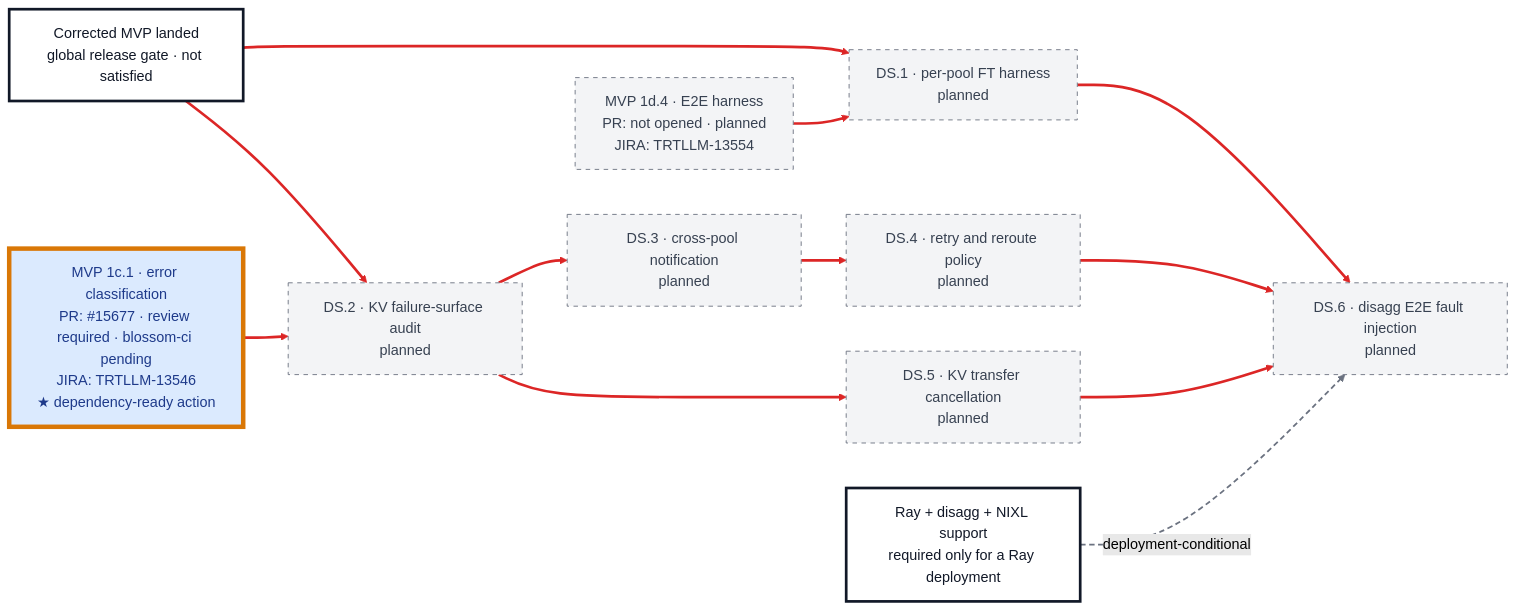
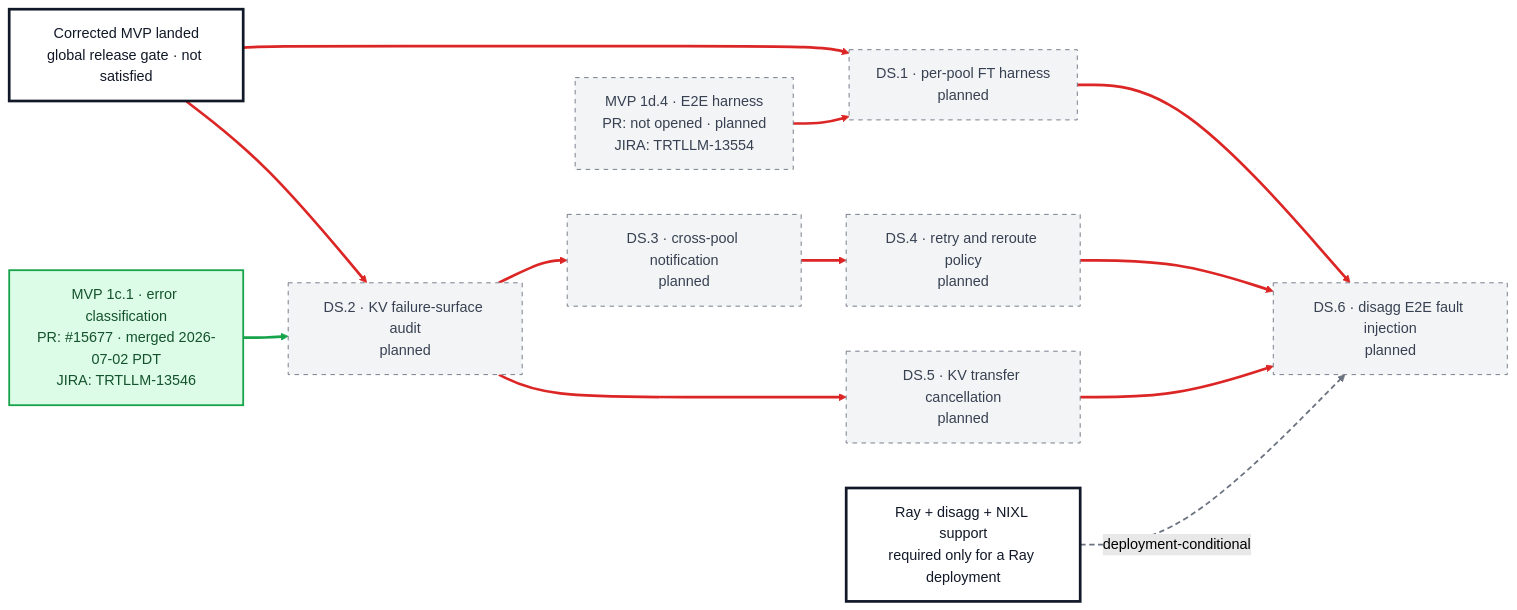
The second of 3 diagrams in docs/design/wide-ep-fault-tolerance/pr-execution/v1-dependency-graph.md (chienchunhung/TensorRT-LLM), drawn with Mermaid (forest theme) before and after one commit. The commit also changed other lines of this file and 4 other files, not shown here.

Commit message:
docs: update WideEP graph for merged PR 15677

````diff
--- a/docs/design/wide-ep-fault-tolerance/pr-execution/v1-dependency-graph.md
+++ b/docs/design/wide-ep-fault-tolerance/pr-execution/v1-dependency-graph.md
@@ -137,39 +137,38 @@
 ```mermaid
 flowchart LR
     MVP["Corrected MVP landed<br/>global release gate · not satisfied"]
     M_D4["MVP 1d.4 · E2E harness<br/>PR: not opened · planned<br/>JIRA: TRTLLM-13554"]
-    M_C1["MVP 1c.1 · error classification<br/>PR: #15677 · review required · blossom-ci pending<br/>JIRA: TRTLLM-13546<br/>★ dependency-ready action"]
+    M_C1["MVP 1c.1 · error classification<br/>PR: #15677 · merged 2026-07-02 PDT<br/>JIRA: TRTLLM-13546"]
     RAY_GAP["Ray + disagg + NIXL support<br/>required only for a Ray deployment"]
 
     DS1["DS.1 · per-pool FT harness<br/>planned"]
     DS2["DS.2 · KV failure-surface audit<br/>planned"]
     DS3["DS.3 · cross-pool notification<br/>planned"]
     DS4["DS.4 · retry and reroute policy<br/>planned"]
     DS5["DS.5 · KV transfer cancellation<br/>planned"]
     DS6["DS.6 · disagg E2E fault injection<br/>planned"]
 
     MVP --> DS1
     MVP --> DS2
     M_D4 --> DS1
     M_C1 --> DS2
     DS2 --> DS3
     DS3 --> DS4
     DS2 --> DS5
     DS1 --> DS6
     DS4 --> DS6
     DS5 --> DS6
     RAY_GAP -.->|deployment-conditional| DS6
 
-    linkStyle 0,1,2,3,4,5,6,7,8,9 stroke:#dc2626,stroke-width:3px;
+    linkStyle 0,1,2,4,5,6,7,8,9 stroke:#dc2626,stroke-width:3px;
+    linkStyle 3 stroke:#16a34a,stroke-width:3px;
     linkStyle 10 stroke:#6b7280,stroke-width:2px,stroke-dasharray:6 4;
 
-    classDef reviewing fill:#dbeafe,stroke:#2563eb,color:#1e3a8a,stroke-width:2px;
+    classDef merged fill:#dcfce7,stroke:#16a34a,color:#14532d,stroke-width:2px;
     classDef planned fill:#f3f4f6,stroke:#6b7280,color:#374151,stroke-dasharray:5 5;
     classDef gate fill:#ffffff,stroke:#111827,color:#111827,stroke-width:3px;
-    classDef candidate stroke:#d97706,stroke-width:5px,stroke-dasharray:0;
 
-    class M_C1 reviewing;
+    class M_C1 merged;
     class M_D4,DS1,DS2,DS3,DS4,DS5,DS6 planned;
     class MVP,RAY_GAP gate;
-    class M_C1 candidate;
 ```
````
